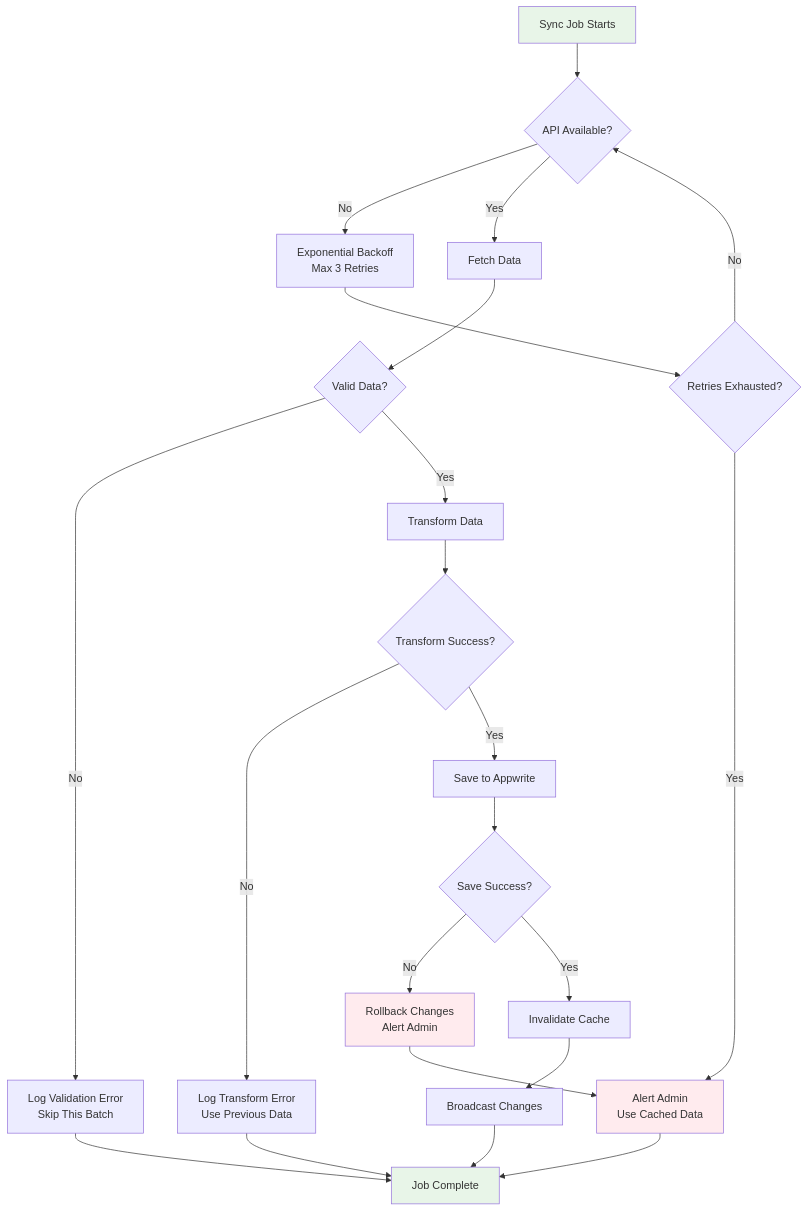
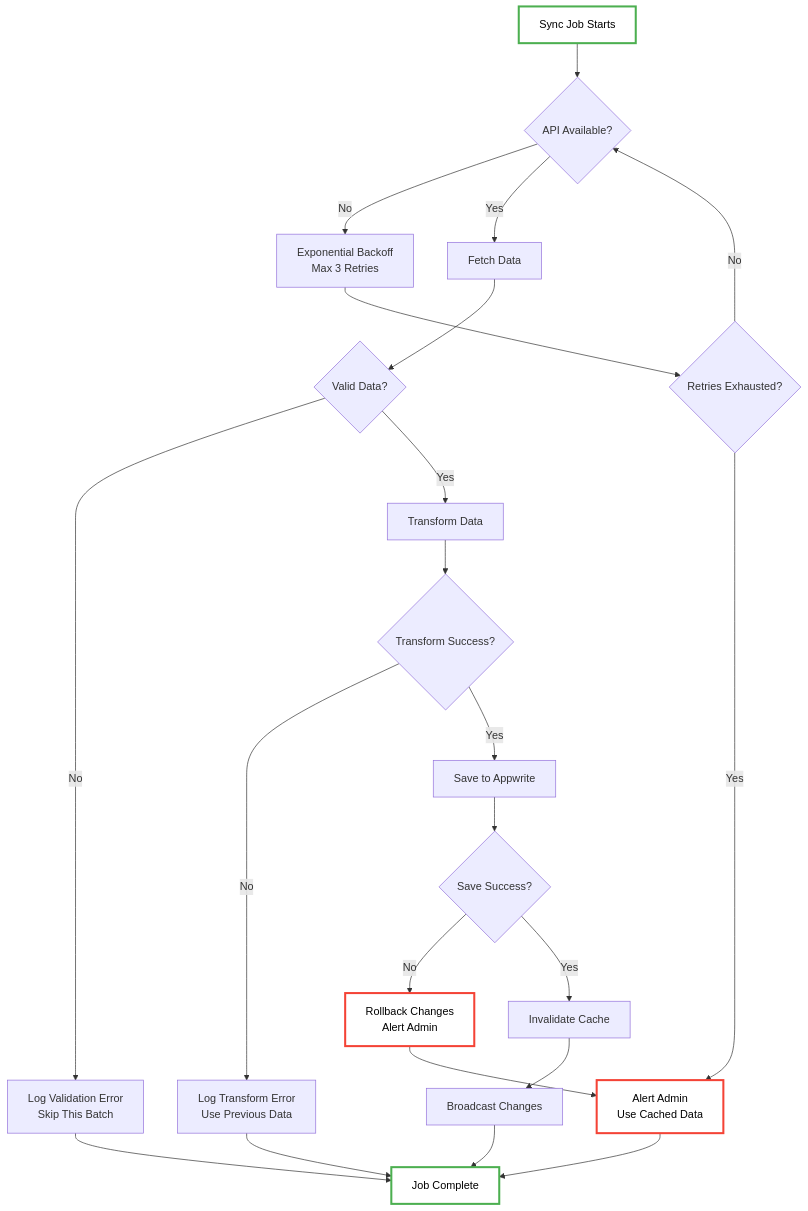
One commit to kpm34/college-football-fantasy-app changed the third of 6 diagrams in core/pipeline/data-pipeline-diagram.md. Above: the diagram before and after it, drawn with Mermaid. The commit also changed other lines of this file, not shown here.

First line of the commit message:
style: Improve text contrast and legibility in Mermaid diagrams

````diff
--- a/core/pipeline/data-pipeline-diagram.md
+++ b/core/pipeline/data-pipeline-diagram.md
@@ -200,35 +200,35 @@
 ```mermaid
 flowchart TD
     A[Sync Job Starts] --> B{API Available?}
     B -->|No| C[Exponential Backoff<br/>Max 3 Retries]
     B -->|Yes| D[Fetch Data]
     
     D --> E{Valid Data?}
     E -->|No| F[Log Validation Error<br/>Skip This Batch]
     E -->|Yes| G[Transform Data]
     
     G --> H{Transform Success?}
     H -->|No| I[Log Transform Error<br/>Use Previous Data]
     H -->|Yes| J[Save to Appwrite]
     
     J --> K{Save Success?}
     K -->|No| L[Rollback Changes<br/>Alert Admin]
     K -->|Yes| M[Invalidate Cache]
     
     M --> N[Broadcast Changes]
     N --> O[Job Complete]
     
     C --> P{Retries Exhausted?}
     P -->|Yes| Q[Alert Admin<br/>Use Cached Data]
     P -->|No| B
     
     F --> O
     I --> O
     L --> Q
     Q --> O
     
-    style A fill:#e8f5e8
-    style O fill:#e8f5e8
-    style Q fill:#ffebee
-    style L fill:#ffebee
+    style A fill:#ffffff,stroke:#4caf50,stroke-width:3px,color:#000000
+    style O fill:#ffffff,stroke:#4caf50,stroke-width:3px,color:#000000
+    style Q fill:#ffffff,stroke:#f44336,stroke-width:3px,color:#000000
+    style L fill:#ffffff,stroke:#f44336,stroke-width:3px,color:#000000
 ```
````
